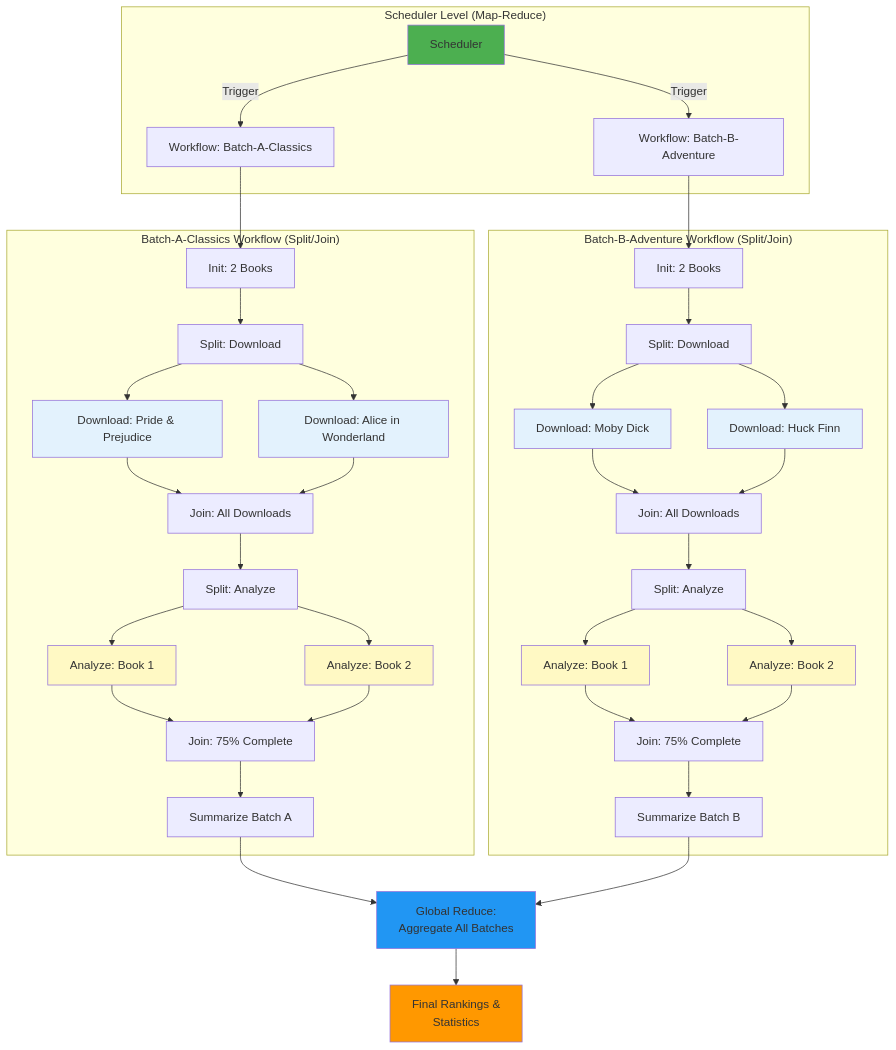
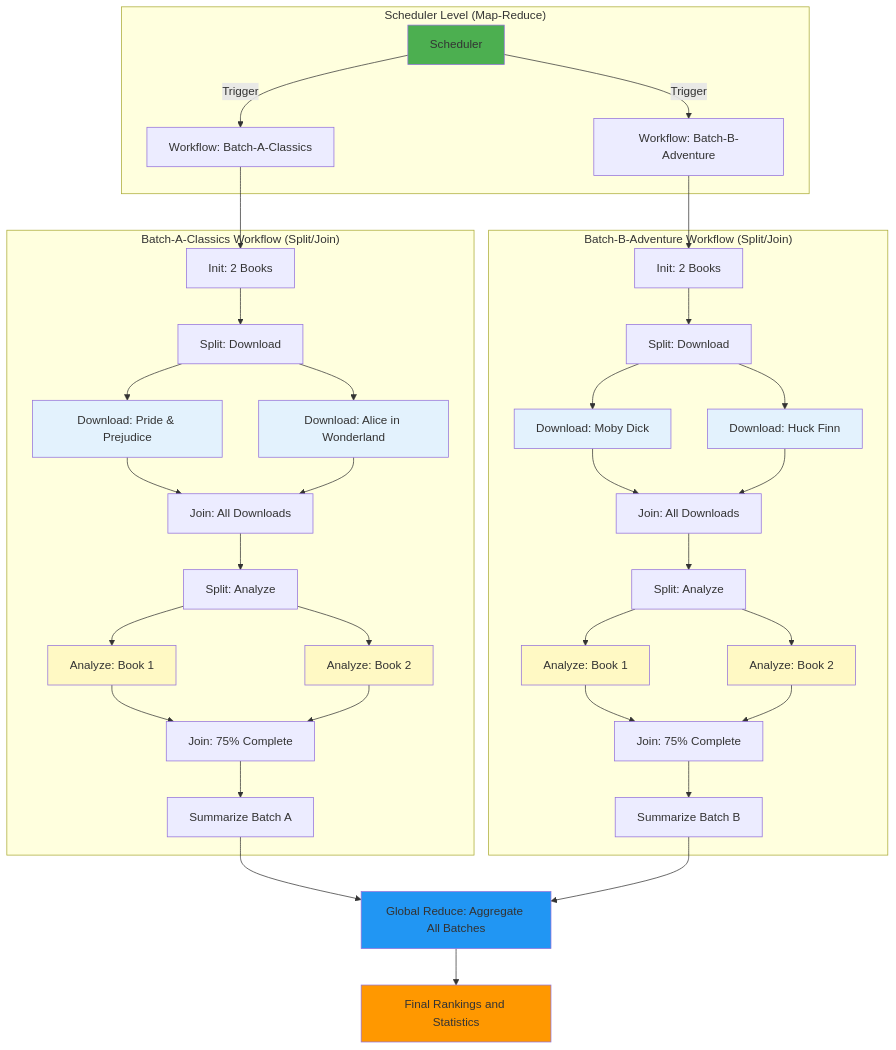
One commit to nassor/cano changed the fifth of 5 diagrams in docs/content/scheduler.md. Above: the diagram before and after it, drawn with Mermaid. The commit also changed other lines of this file and 37 other files, not shown here.

```diff
--- a/docs/content/scheduler.md
+++ b/docs/content/scheduler.md
@@ -454,53 +566,49 @@
 <div class="mermaid">
 graph TB
 subgraph "Scheduler Level (Map-Reduce)"
 S[Scheduler] -->|Trigger| W1[Workflow: Batch-A-Classics]
 S -->|Trigger| W2[Workflow: Batch-B-Adventure]
 end
-
 subgraph "Batch-A-Classics Workflow (Split/Join)"
 W1 --> Init1[Init: 2 Books]
 Init1 --> D1[Split: Download]
-D1 --> D1A[Download: Pride & Prejudice]
+D1 --> D1A["Download: Pride &amp; Prejudice"]
 D1 --> D1B[Download: Alice in Wonderland]
 D1A --> J1D[Join: All Downloads]
 D1B --> J1D
 J1D --> A1[Split: Analyze]
 A1 --> A1A[Analyze: Book 1]
 A1 --> A1B[Analyze: Book 2]
 A1A --> J1A[Join: 75% Complete]
 A1B --> J1A
 J1A --> Sum1[Summarize Batch A]
 end
-
 subgraph "Batch-B-Adventure Workflow (Split/Join)"
 W2 --> Init2[Init: 2 Books]
 Init2 --> D2[Split: Download]
 D2 --> D2A[Download: Moby Dick]
 D2 --> D2B[Download: Huck Finn]
 D2A --> J2D[Join: All Downloads]
 D2B --> J2D
 J2D --> A2[Split: Analyze]
 A2 --> A2A[Analyze: Book 1]
 A2 --> A2B[Analyze: Book 2]
 A2A --> J2A[Join: 75% Complete]
 A2B --> J2A
 J2A --> Sum2[Summarize Batch B]
 end
-
-Sum1 --> R[Global Reduce:<br/>Aggregate All Batches]
+Sum1 --> R["Global Reduce: Aggregate All Batches"]
 Sum2 --> R
-R --> F[Final Rankings &<br/>Statistics]
-
+R --> F["Final Rankings and Statistics"]
 style S fill:#4CAF50
 style R fill:#2196F3
 style F fill:#FF9800
 style D1A fill:#E3F2FD
 style D1B fill:#E3F2FD
 style D2A fill:#E3F2FD
 style D2B fill:#E3F2FD
 style A1A fill:#FFF9C4
 style A1B fill:#FFF9C4
 style A2A fill:#FFF9C4
 style A2B fill:#FFF9C4
 </div>
```
